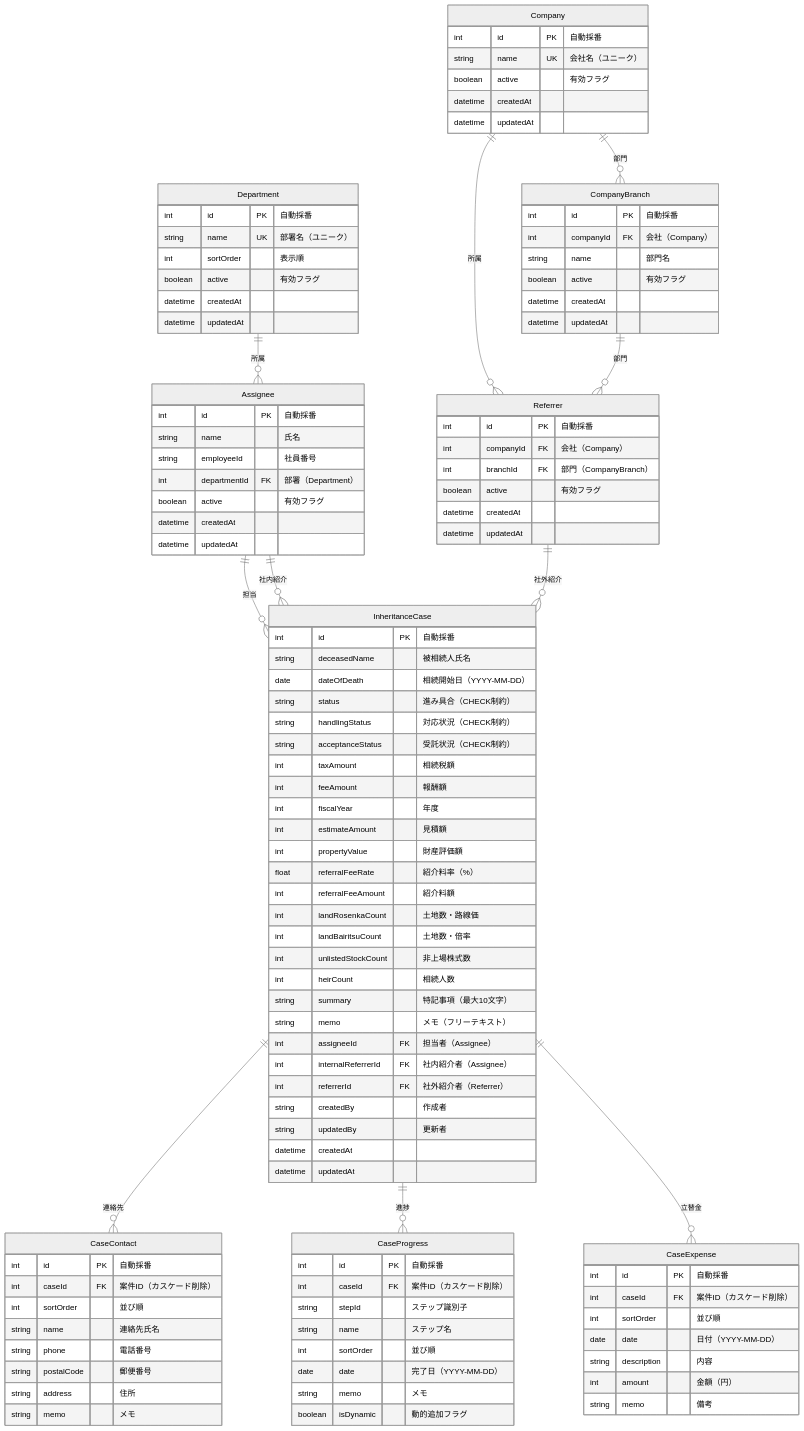
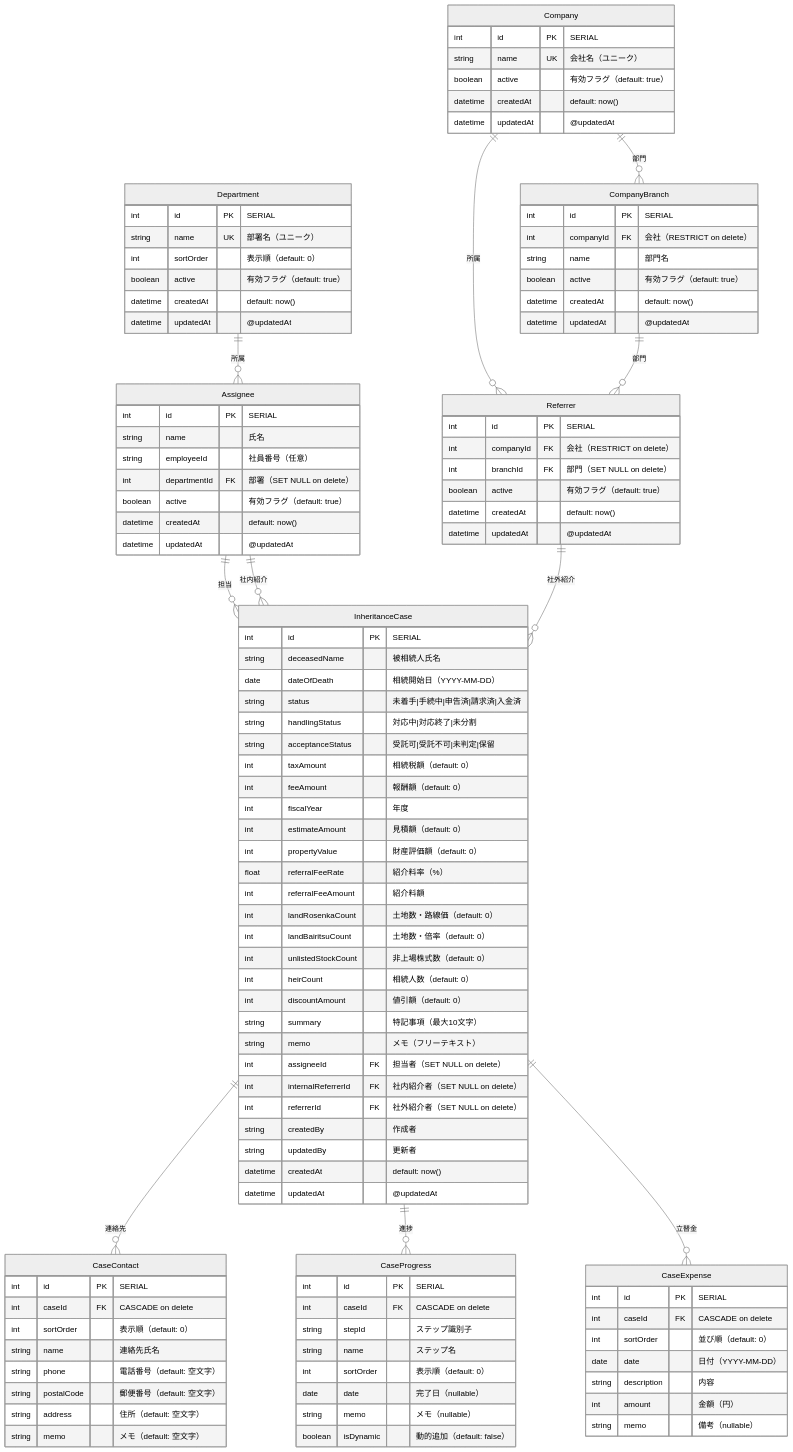
The diagram in apps/inheritance-case-management/README.md (kojima1978/tax_apps), drawn with Mermaid (neutral theme) before and after one commit. The commit also changed other lines of this file and 13 other files, not shown here.

````diff
--- a/apps/inheritance-case-management/README.md
+++ b/apps/inheritance-case-management/README.md
@@ -460,108 +460,109 @@
     InheritanceCase ||--o{ CaseExpense : "立替金"
 
     Department {
-        int id PK "自動採番"
+        int id PK "SERIAL"
         string name UK "部署名（ユニーク）"
-        int sortOrder "表示順"
-        boolean active "有効フラグ"
-        datetime createdAt
-        datetime updatedAt
+        int sortOrder "表示順（default: 0）"
+        boolean active "有効フラグ（default: true）"
+        datetime createdAt "default: now()"
+        datetime updatedAt "@updatedAt"
     }
 
     Company {
-        int id PK "自動採番"
+        int id PK "SERIAL"
         string name UK "会社名（ユニーク）"
-        boolean active "有効フラグ"
-        datetime createdAt
-        datetime updatedAt
+        boolean active "有効フラグ（default: true）"
+        datetime createdAt "default: now()"
+        datetime updatedAt "@updatedAt"
     }
 
     CompanyBranch {
-        int id PK "自動採番"
-        int companyId FK "会社（Company）"
+        int id PK "SERIAL"
+        int companyId FK "会社（RESTRICT on delete）"
         string name "部門名"
-        boolean active "有効フラグ"
-        datetime createdAt
-        datetime updatedAt
+        boolean active "有効フラグ（default: true）"
+        datetime createdAt "default: now()"
+        datetime updatedAt "@updatedAt"
     }
 
     Assignee {
-        int id PK "自動採番"
+        int id PK "SERIAL"
         string name "氏名"
-        string employeeId "社員番号"
-        int departmentId FK "部署（Department）"
-        boolean active "有効フラグ"
-        datetime createdAt
-        datetime updatedAt
+        string employeeId "社員番号（任意）"
+        int departmentId FK "部署（SET NULL on delete）"
+        boolean active "有効フラグ（default: true）"
+        datetime createdAt "default: now()"
+        datetime updatedAt "@updatedAt"
     }
 
     Referrer {
-        int id PK "自動採番"
-        int companyId FK "会社（Company）"
-        int branchId FK "部門（CompanyBranch）"
-        boolean active "有効フラグ"
-        datetime createdAt
-        datetime updatedAt
+        int id PK "SERIAL"
+        int companyId FK "会社（RESTRICT on delete）"
+        int branchId FK "部門（SET NULL on delete）"
+        boolean active "有効フラグ（default: true）"
+        datetime createdAt "default: now()"
+        datetime updatedAt "@updatedAt"
     }
 
     InheritanceCase {
-        int id PK "自動採番"
+        int id PK "SERIAL"
         string deceasedName "被相続人氏名"
         date dateOfDeath "相続開始日（YYYY-MM-DD）"
-        string status "進み具合（CHECK制約）"
-        string handlingStatus "対応状況（CHECK制約）"
-        string acceptanceStatus "受託状況（CHECK制約）"
-        int taxAmount "相続税額"
-        int feeAmount "報酬額"
+        string status "未着手|手続中|申告済|請求済|入金済"
+        string handlingStatus "対応中|対応終了|未分割"
+        string acceptanceStatus "受託可|受託不可|未判定|保留"
+        int taxAmount "相続税額（default: 0）"
+        int feeAmount "報酬額（default: 0）"
         int fiscalYear "年度"
-        int estimateAmount "見積額"
-        int propertyValue "財産評価額"
+        int estimateAmount "見積額（default: 0）"
+        int propertyValue "財産評価額（default: 0）"
         float referralFeeRate "紹介料率（%）"
         int referralFeeAmount "紹介料額"
-        int landRosenkaCount "土地数・路線価"
-        int landBairitsuCount "土地数・倍率"
-        int unlistedStockCount "非上場株式数"
-        int heirCount "相続人数"
+        int landRosenkaCount "土地数・路線価（default: 0）"
+        int landBairitsuCount "土地数・倍率（default: 0）"
+        int unlistedStockCount "非上場株式数（default: 0）"
+        int heirCount "相続人数（default: 0）"
+        int discountAmount "値引額（default: 0）"
         string summary "特記事項（最大10文字）"
         string memo "メモ（フリーテキスト）"
-        int assigneeId FK "担当者（Assignee）"
-        int internalReferrerId FK "社内紹介者（Assignee）"
-        int referrerId FK "社外紹介者（Referrer）"
+        int assigneeId FK "担当者（SET NULL on delete）"
+        int internalReferrerId FK "社内紹介者（SET NULL on delete）"
+        int referrerId FK "社外紹介者（SET NULL on delete）"
         string createdBy "作成者"
         string updatedBy "更新者"
-        datetime createdAt
-        datetime updatedAt
+        datetime createdAt "default: now()"
+        datetime updatedAt "@updatedAt"
     }
 
     CaseContact {
-        int id PK "自動採番"
-        int caseId FK "案件ID（カスケード削除）"
-        int sortOrder "並び順"
+        int id PK "SERIAL"
+        int caseId FK "CASCADE on delete"
+        int sortOrder "表示順（default: 0）"
         string name "連絡先氏名"
-        string phone "電話番号"
-        string postalCode "郵便番号"
-        string address "住所"
-        string memo "メモ"
+        string phone "電話番号（default: 空文字）"
+        string postalCode "郵便番号（default: 空文字）"
+        string address "住所（default: 空文字）"
+        string memo "メモ（default: 空文字）"
     }
 
     CaseProgress {
-        int id PK "自動採番"
-        int caseId FK "案件ID（カスケード削除）"
+        int id PK "SERIAL"
+        int caseId FK "CASCADE on delete"
         string stepId "ステップ識別子"
         string name "ステップ名"
-        int sortOrder "並び順"
-        date date "完了日（YYYY-MM-DD）"
-        string memo "メモ"
-        boolean isDynamic "動的追加フラグ"
+        int sortOrder "表示順（default: 0）"
+        date date "完了日（nullable）"
+        string memo "メモ（nullable）"
+        boolean isDynamic "動的追加（default: false）"
     }
 
     CaseExpense {
-        int id PK "自動採番"
-        int caseId FK "案件ID（カスケード削除）"
-        int sortOrder "並び順"
+        int id PK "SERIAL"
+        int caseId FK "CASCADE on delete"
+        int sortOrder "並び順（default: 0）"
         date date "日付（YYYY-MM-DD）"
         string description "内容"
         int amount "金額（円）"
-        string memo "備考"
+        string memo "備考（nullable）"
     }
 ```
````
